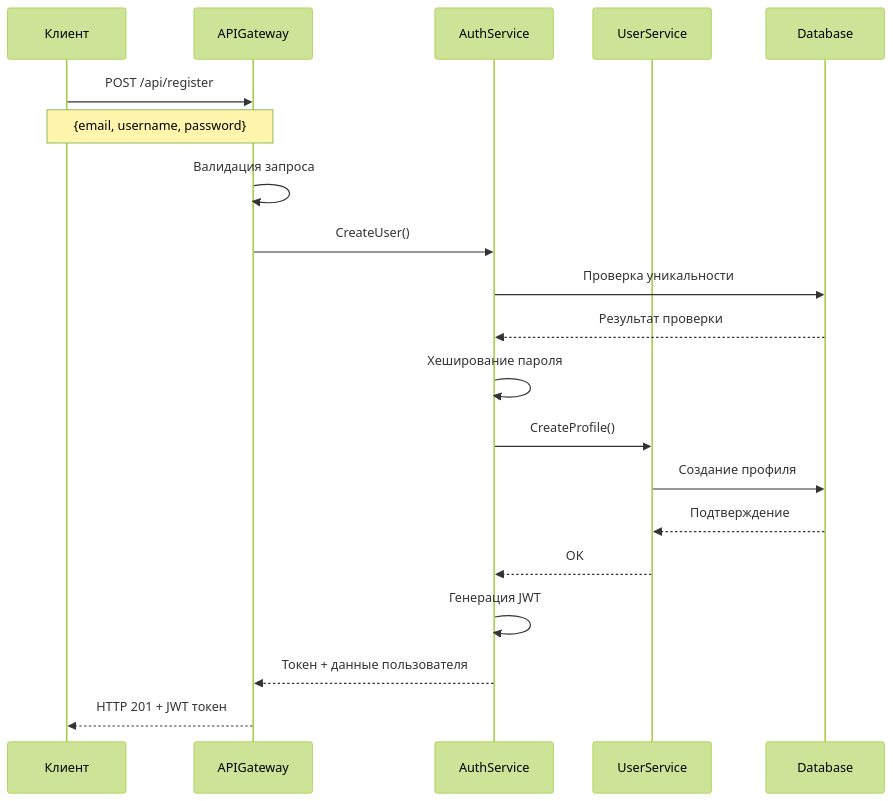
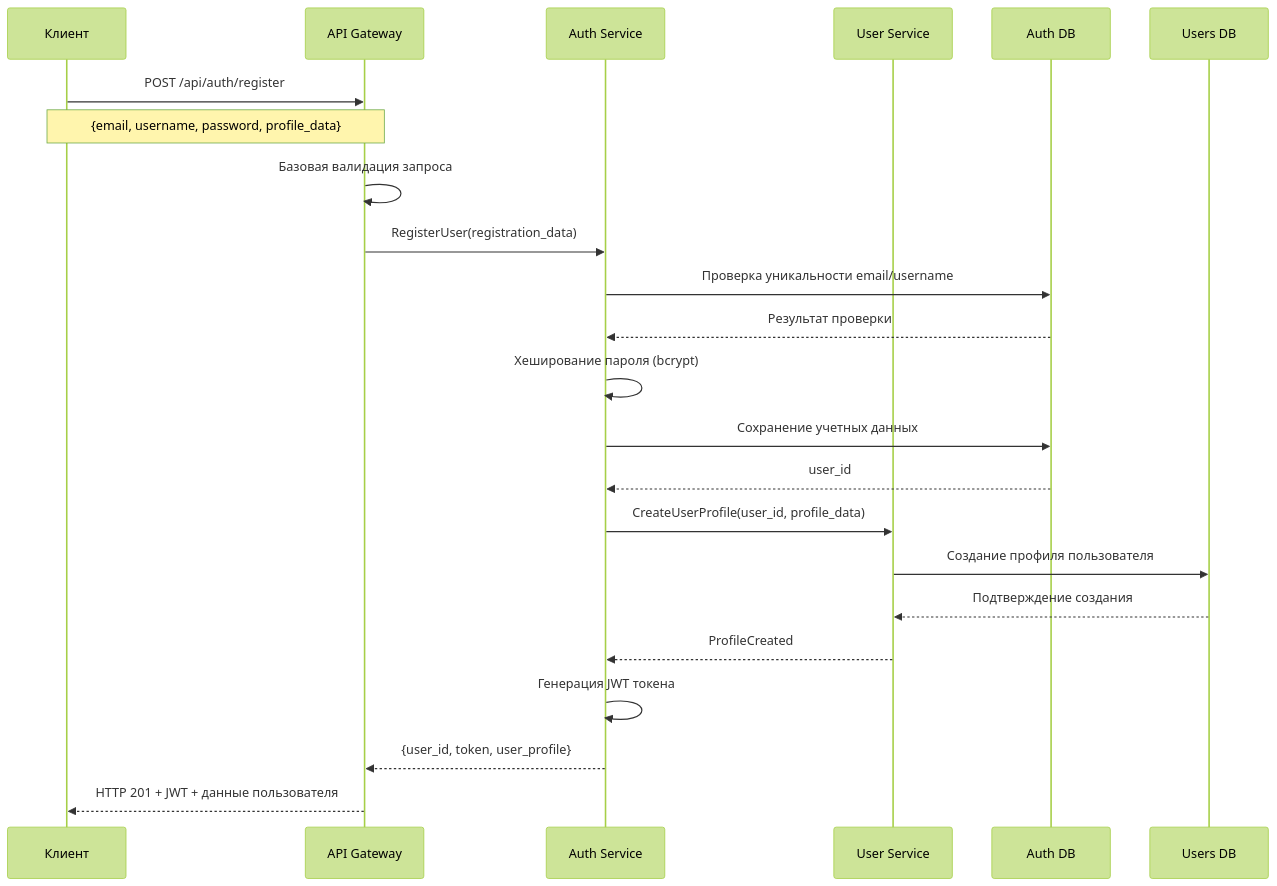
One commit to BALLUUNN/zavozwww changed the second of 8 diagrams in docs/tr.md. Above: the diagram before and after it, drawn with Mermaid (forest theme). The commit also changed other lines of this file, not shown here.

````diff
--- a/docs/tr.md
+++ b/docs/tr.md
@@ -396,28 +384,31 @@
 ```mermaid
 sequenceDiagram
     participant Клиент
-    participant APIGateway
-    participant AuthService
-    participant UserService
-    participant DB as Database
+    participant GW as API Gateway
+    participant AUTH as Auth Service
+    participant USER as User Service
+    participant AUTH_DB as Auth DB
+    participant USER_DB as Users DB
 
-    Клиент->>APIGateway: POST /api/register
-    Note over Клиент,APIGateway: {email, username, password}
+    Клиент->>GW: POST /api/auth/register
+    Note over Клиент,GW: {email, username, password, profile_data}
     
-    APIGateway->>APIGateway: Валидация запроса
-    APIGateway->>AuthService: CreateUser()
+    GW->>GW: Базовая валидация запроса
+    GW->>AUTH: RegisterUser(registration_data)
     
-    AuthService->>DB: Проверка уникальности
-    DB-->>AuthService: Результат проверки
+    AUTH->>AUTH_DB: Проверка уникальности email/username
+    AUTH_DB-->>AUTH: Результат проверки
     
-    AuthService->>AuthService: Хеширование пароля
-    AuthService->>UserService: CreateProfile()
+    AUTH->>AUTH: Хеширование пароля (bcrypt)
+    AUTH->>AUTH_DB: Сохранение учетных данных
+    AUTH_DB-->>AUTH: user_id
     
-    UserService->>DB: Создание профиля
-    DB-->>UserService: Подтверждение
+    AUTH->>USER: CreateUserProfile(user_id, profile_data)
+    USER->>USER_DB: Создание профиля пользователя
+    USER_DB-->>USER: Подтверждение создания
     
-    UserService-->>AuthService: OK
-    AuthService->>AuthService: Генерация JWT
-    AuthService-->>APIGateway: Токен + данные пользователя
-    APIGateway-->>Клиент: HTTP 201 + JWT токен
+    USER-->>AUTH: ProfileCreated
+    AUTH->>AUTH: Генерация JWT токена
+    AUTH-->>GW: {user_id, token, user_profile}
+    GW-->>Клиент: HTTP 201 + JWT + данные пользователя
 ```
````
